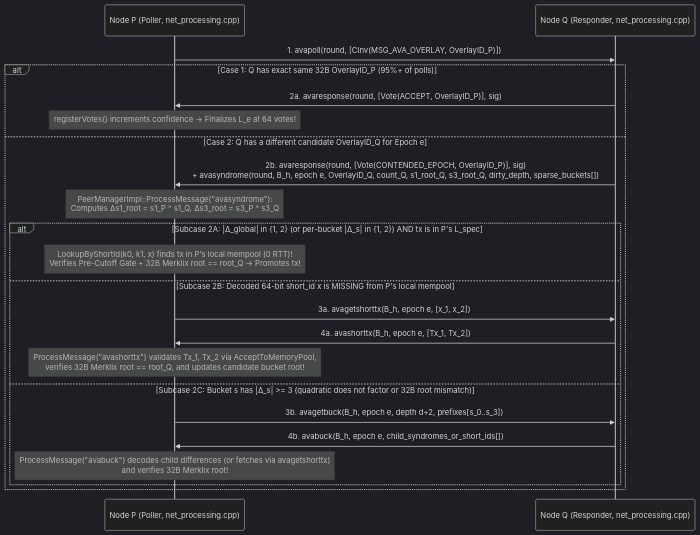
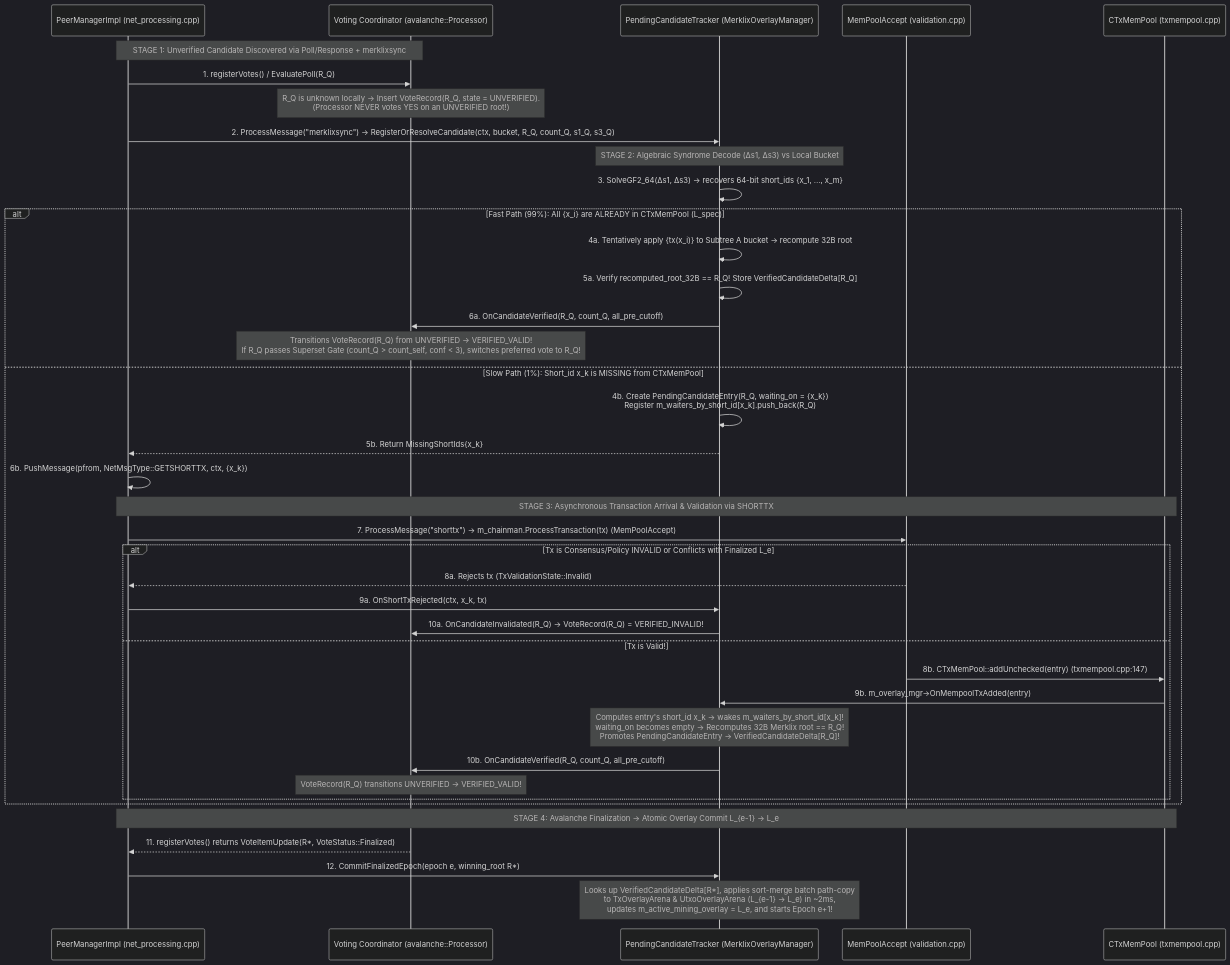
The tenth of 10 diagrams in docs/plans/lotus-v2-bulk-preconsensus-and-mempool-overlays.md (givelotus/lotus), drawn with Mermaid (dark theme) before and after one commit. The commit also changed other lines of this file, not shown here.

Commit message:
docs(v2): add collapsed-tree bucket locality proof, generalized merklixsync plumbing, single-flight epoch preemption, and tmplblock root matching

````diff
--- a/docs/plans/lotus-v2-bulk-preconsensus-and-mempool-overlays.md
+++ b/docs/plans/lotus-v2-bulk-preconsensus-and-mempool-overlays.md
@@ -1145,25 +1289,46 @@
 ```mermaid
 sequenceDiagram
-    participant P as Node P (Poller, net_processing.cpp)
-    participant Q as Node Q (Responder, net_processing.cpp)
+    participant Net as PeerManagerImpl (net_processing.cpp)
+    participant Ava as Voting Coordinator (avalanche::Processor)
+    participant Trk as PendingCandidateTracker (MerklixOverlayManager)
+    participant ATMP as MemPoolAccept (validation.cpp)
+    participant Pool as CTxMemPool (txmempool.cpp)
 
-    P->>Q: 1. avapoll(round, [CInv(MSG_AVA_OVERLAY, OverlayID_P)])
-    alt Case 1: Q has exact same 32B OverlayID_P (95%+ of polls)
-        Q->>P: 2a. avaresponse(round, [Vote(ACCEPT, OverlayID_P)], sig)
-        Note over P: registerVotes() increments confidence -> Finalizes L_e at 64 votes!
-    else Case 2: Q has a different candidate OverlayID_Q for Epoch e
-        Q->>P: 2b. avaresponse(round, [Vote(CONTENDED_EPOCH, OverlayID_P)], sig)<br/>+ avasyndrome(round, B_h, epoch e, OverlayID_Q, count_Q, s1_root_Q, s3_root_Q, dirty_depth, sparse_buckets[])
-        Note over P: PeerManagerImpl::ProcessMessage("avasyndrome"):<br/>Computes Δs1_root = s1_P ^ s1_Q, Δs3_root = s3_P ^ s3_Q
-        alt Subcase 2A: |Δ_global| in {1, 2} (or per-bucket |Δ_s| in {1, 2}) AND tx is in P's L_spec
-            Note over P: LookupByShortId(k0, k1, x) finds tx in P's local mempool (0 RTT)!<br/>Verifies Pre-Cutoff Gate + 32B Merklix root == root_Q -> Promotes tx!
-        else Subcase 2B: Decoded 64-bit short_id x is MISSING from P's local mempool
-            P->>Q: 3a. avagetshorttx(B_h, epoch e, [x_1, x_2])
-            Q->>P: 4a. avashorttx(B_h, epoch e, [Tx_1, Tx_2])
-            Note over P: ProcessMessage("avashorttx") validates Tx_1, Tx_2 via AcceptToMemoryPool,<br/>verifies 32B Merklix root == root_Q, and updates candidate bucket root!
-        else Subcase 2C: Bucket s has |Δ_s| >= 3 (quadratic does not factor or 32B root mismatch)
-            P->>Q: 3b. avagetbuck(B_h, epoch e, depth d+2, prefixes[s_0..s_3])
-            Q->>P: 4b. avabuck(B_h, epoch e, child_syndromes_or_short_ids[])
-            Note over P: ProcessMessage("avabuck") decodes child differences (or fetches via avagetshorttx)<br/>and verifies 32B Merklix root!
+    Note over Net,Ava: STAGE 1: Unverified Candidate Discovered via Poll/Response + merklixsync
+    Net->>Ava: 1. registerVotes() / EvaluatePoll(R_Q)
+    Note over Ava: R_Q is unknown locally -> Insert VoteRecord(R_Q, state = UNVERIFIED).<br/>(Processor NEVER votes YES on an UNVERIFIED root!)
+    Net->>Trk: 2. ProcessMessage("merklixsync") -> RegisterOrResolveCandidate(ctx, bucket, R_Q, count_Q, s1_Q, s3_Q)
+
+    Note over Trk: STAGE 2: Algebraic Syndrome Decode (Δs1, Δs3) vs Local Bucket
+    Trk->>Trk: 3. SolveGF2_64(Δs1, Δs3) -> recovers 64-bit short_ids {x_1, ..., x_m}
+
+    alt Fast Path (99%): All {x_i} are ALREADY in CTxMemPool (L_spec)
+        Trk->>Trk: 4a. Tentatively apply {tx(x_i)} to Subtree A bucket -> recompute 32B root
+        Trk->>Trk: 5a. Verify recomputed_root_32B == R_Q! Store VerifiedCandidateDelta[R_Q]
+        Trk->>Ava: 6a. OnCandidateVerified(R_Q, count_Q, all_pre_cutoff)
+        Note over Ava: Transitions VoteRecord(R_Q) from UNVERIFIED -> VERIFIED_VALID!<br/>If R_Q passes Superset Gate (count_Q > count_self, conf < 3), switches preferred vote to R_Q!
+    else Slow Path (1%): Short_id x_k is MISSING from CTxMemPool
+        Trk->>Trk: 4b. Create PendingCandidateEntry(R_Q, waiting_on = {x_k})<br/>Register m_waiters_by_short_id[x_k].push_back(R_Q)
+        Trk-->>Net: 5b. Return MissingShortIds{x_k}
+        Net->>Net: 6b. PushMessage(pfrom, NetMsgType::GETSHORTTX, ctx, {x_k})
+
+        Note over Net,Pool: STAGE 3: Asynchronous Transaction Arrival & Validation via SHORTTX
+        Net->>ATMP: 7. ProcessMessage("shorttx") -> m_chainman.ProcessTransaction(tx) (MemPoolAccept)
+        alt Tx is Consensus/Policy INVALID or Conflicts with Finalized L_e
+            ATMP-->>Net: 8a. Rejects tx (TxValidationState::Invalid)
+            Net->>Trk: 9a. OnShortTxRejected(ctx, x_k, tx)
+            Trk->>Ava: 10a. OnCandidateInvalidated(R_Q) -> VoteRecord(R_Q) = VERIFIED_INVALID!
+        else Tx is Valid!
+            ATMP->>Pool: 8b. CTxMemPool::addUnchecked(entry) (txmempool.cpp:147)
+            Pool->>Trk: 9b. m_overlay_mgr->OnMempoolTxAdded(entry)
+            Note over Trk: Computes entry's short_id x_k -> wakes m_waiters_by_short_id[x_k]!<br/>waiting_on becomes empty -> Recomputes 32B Merklix root == R_Q!<br/>Promotes PendingCandidateEntry -> VerifiedCandidateDelta[R_Q]!
+            Trk->>Ava: 10b. OnCandidateVerified(R_Q, count_Q, all_pre_cutoff)
+            Note over Ava: VoteRecord(R_Q) transitions UNVERIFIED -> VERIFIED_VALID!
         end
     end
+
+    Note over Net,Pool: STAGE 4: Avalanche Finalization -> Atomic Overlay Commit L_{e-1} -> L_e
+    Ava-->>Net: 11. registerVotes() returns VoteItemUpdate(R*, VoteStatus::Finalized)
+    Net->>Trk: 12. CommitFinalizedEpoch(epoch e, winning_root R*)
+    Note over Trk: Looks up VerifiedCandidateDelta[R*], applies sort-merge batch path-copy<br/>to TxOverlayArena & UtxoOverlayArena (L_{e-1} -> L_e) in ~2ms,<br/>updates m_active_mining_overlay = L_e, and starts Epoch e+1!
 ```
````
